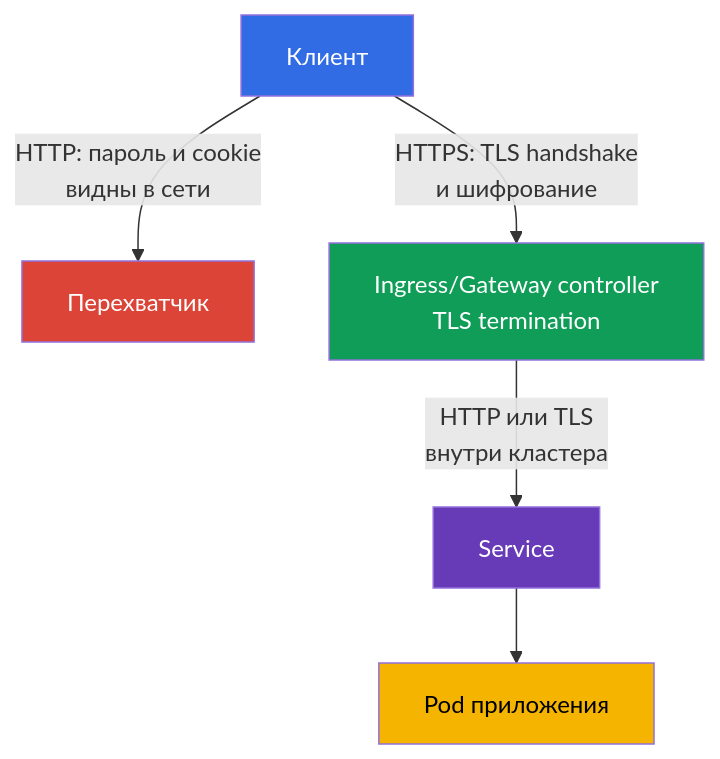
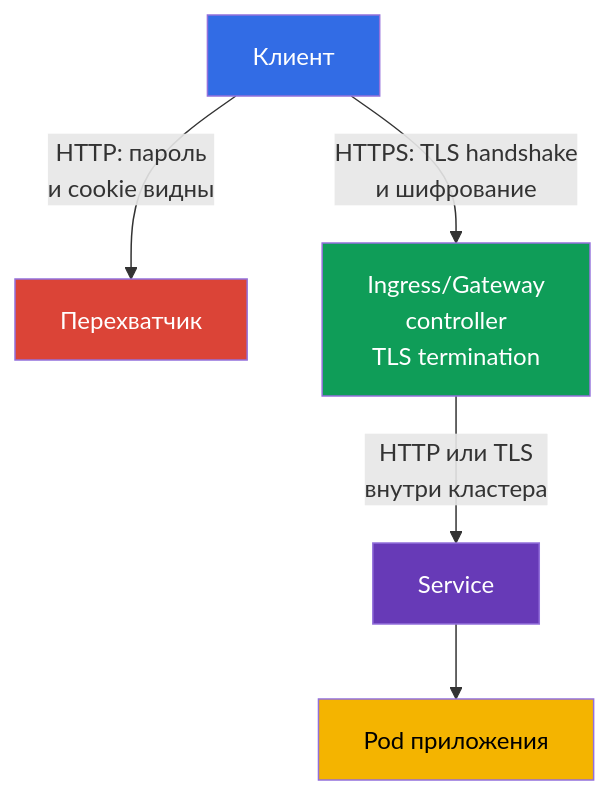
The diagram in tasks/cks/course/08/ru.md (ViktorUJ/cks), drawn with Mermaid before and after one commit. The commit also changed other lines of this file and 6 other files, not shown here.

````diff
--- a/tasks/cks/course/08/ru.md
+++ b/tasks/cks/course/08/ru.md
@@ -30,12 +30,12 @@
 ```mermaid
 flowchart TB
-    client["Клиент"] -->|"HTTP: пароль и cookie<br/>видны в сети"| bad["Перехватчик"]
-    client -->|"HTTPS: TLS handshake<br/>и шифрование"| ingress["Ingress/Gateway controller<br/>TLS termination"]
+    client["Клиент"] -->|"HTTP: пароль<br/>и cookie видны"| bad["Перехватчик"]
+    client -->|"HTTPS: TLS handshake<br/>и шифрование"| ingress["Ingress/Gateway<br/>controller<br/>TLS termination"]
     ingress -->|"HTTP или TLS<br/>внутри кластера"| service["Service"]
     service --> pod["Pod приложения"]
     style client fill:#326ce5,color:#fff
     style bad fill:#db4437,color:#fff
     style ingress fill:#0f9d58,color:#fff
     style service fill:#673ab7,color:#fff
     style pod fill:#f4b400,color:#000
 ```
````
